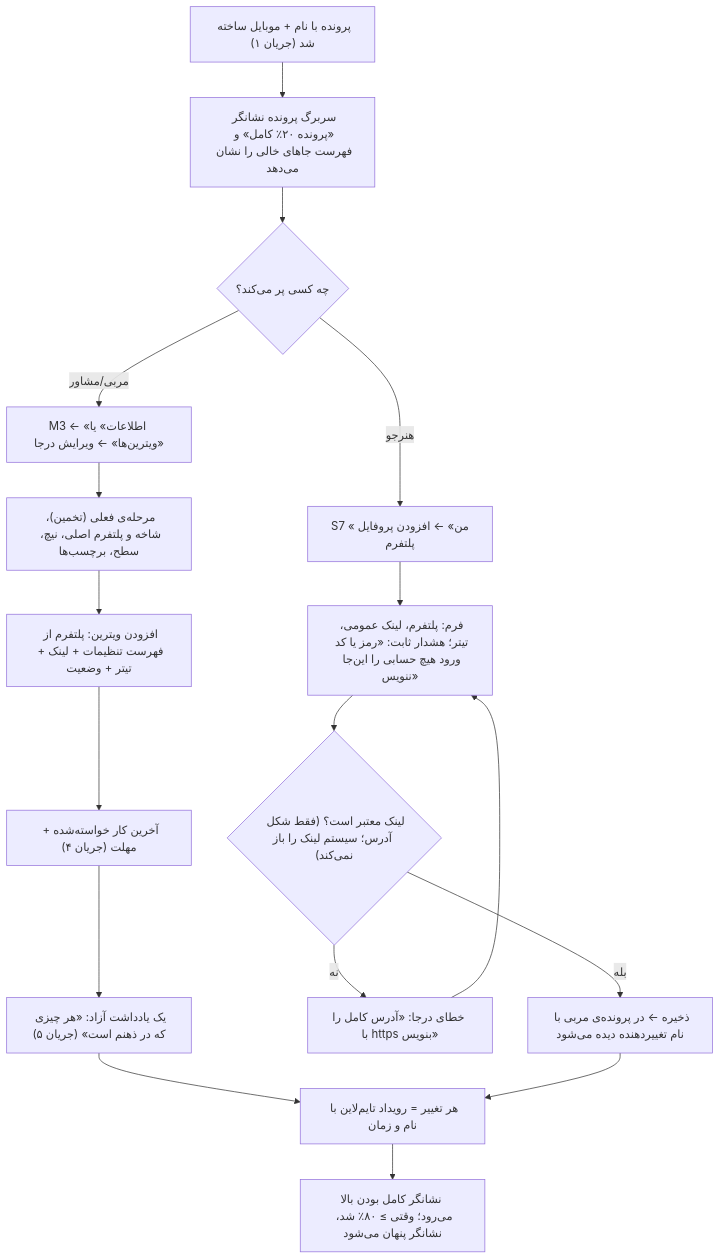
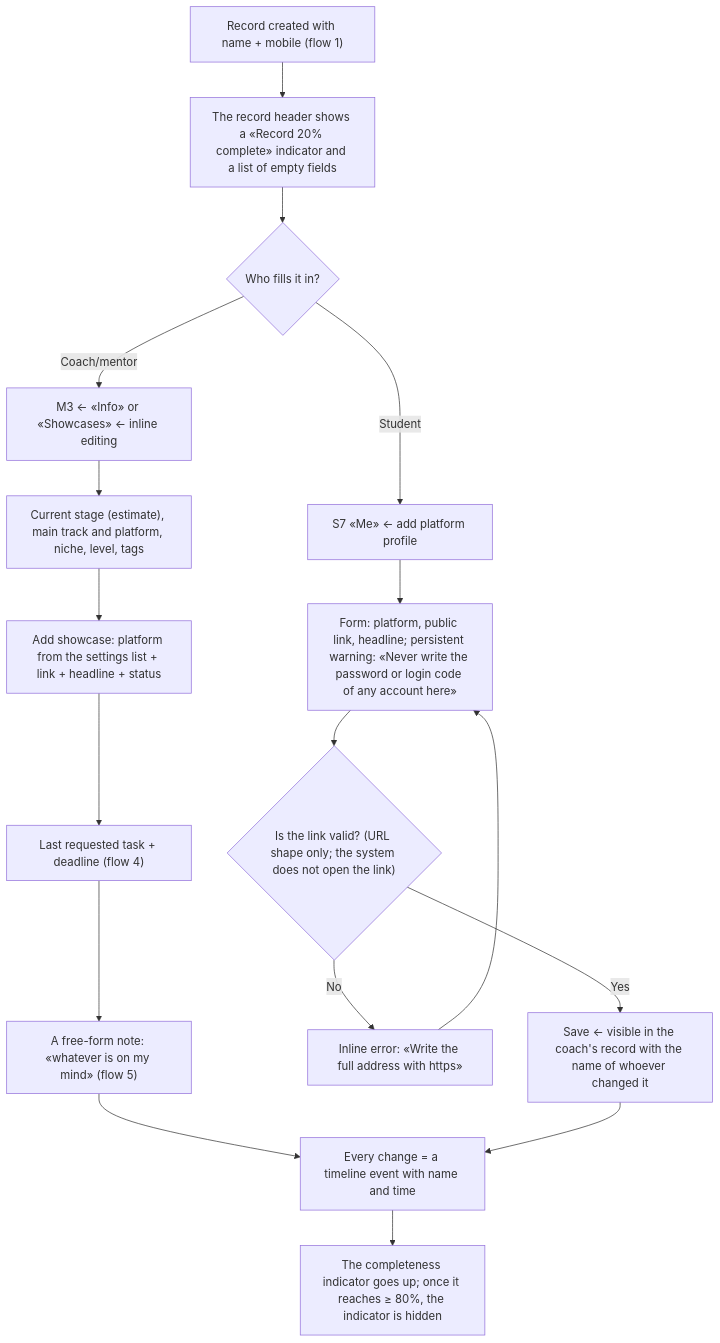
Before and after one commit to simorghsorkh/upworkcoach: the second of 9 diagrams in docs/03-ux/user-flows.md, drawn with Mermaid. The commit also changed other lines of this file and 360 other files, not shown here.

````diff
--- a/docs/03-ux/user-flows.md
+++ b/docs/03-ux/user-flows.md
@@ -58,18 +58,18 @@
 ```mermaid
 flowchart TD
-    A["پرونده با نام + موبایل ساخته شد (جریان ۱)"] --> B["سربرگ پرونده نشانگر «پرونده ۲۰٪ کامل» و فهرست جاهای خالی را نشان می‌دهد"]
-    B --> C{"چه کسی پر می‌کند؟"}
-    C -->|مربی/مشاور| D["M3 ← «اطلاعات» یا «ویترین‌ها» ← ویرایش درجا"]
-    D --> D1["مرحله‌ی فعلی (تخمین)، شاخه و پلتفرم اصلی، نیچ، سطح، برچسب‌ها"]
-    D1 --> D2["افزودن ویترین: پلتفرم از فهرست تنظیمات + لینک + تیتر + وضعیت"]
-    D2 --> D3["آخرین کار خواسته‌شده + مهلت (جریان ۴)"]
-    D3 --> D4["یک یادداشت آزاد: «هر چیزی که در ذهنم است» (جریان ۵)"]
-    C -->|هنرجو| E["S7 «من» ← افزودن پروفایل پلتفرم"]
-    E --> E1["فرم: پلتفرم، لینک عمومی، تیتر؛ هشدار ثابت: «رمز یا کد ورود هیچ حسابی را این‌جا ننویس»"]
-    E1 --> E2{"لینک معتبر است؟ (فقط شکل آدرس؛ سیستم لینک را باز نمی‌کند)"}
-    E2 -->|نه| E3["خطای درجا: «آدرس کامل را با https بنویس»"] --> E1
-    E2 -->|بله| E4["ذخیره ← در پرونده‌ی مربی با نام تغییردهنده دیده می‌شود"]
-    D4 --> F["هر تغییر = رویداد تایم‌لاین با نام و زمان"]
+    A["Record created with name + mobile (flow 1)"] --> B["The record header shows a «Record 20% complete» indicator and a list of empty fields"]
+    B --> C{"Who fills it in?"}
+    C -->|Coach/mentor| D["M3 ← «Info» or «Showcases» ← inline editing"]
+    D --> D1["Current stage (estimate), main track and platform, niche, level, tags"]
+    D1 --> D2["Add showcase: platform from the settings list + link + headline + status"]
+    D2 --> D3["Last requested task + deadline (flow 4)"]
+    D3 --> D4["A free-form note: «whatever is on my mind» (flow 5)"]
+    C -->|Student| E["S7 «Me» ← add platform profile"]
+    E --> E1["Form: platform, public link, headline; persistent warning: «Never write the password or login code of any account here»"]
+    E1 --> E2{"Is the link valid? (URL shape only; the system does not open the link)"}
+    E2 -->|No| E3["Inline error: «Write the full address with https»"] --> E1
+    E2 -->|Yes| E4["Save ← visible in the coach's record with the name of whoever changed it"]
+    D4 --> F["Every change = a timeline event with name and time"]
     E4 --> F
-    F --> G["نشانگر کامل بودن بالا می‌رود؛ وقتی ≥ ۸۰٪ شد، نشانگر پنهان می‌شود"]
+    F --> G["The completeness indicator goes up; once it reaches ≥ 80%, the indicator is hidden"]
 ```
````
